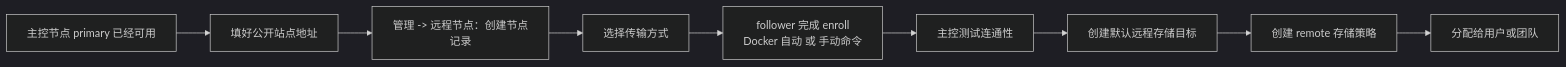
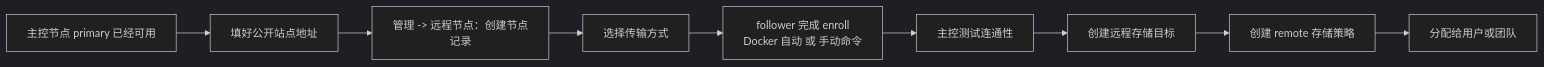
One commit to AsterCommunity/AsterDrive changed the diagram in docs/src/content/docs/deploy/follower-node/index.md. Above: the diagram before and after it, drawn with Mermaid (dark theme). The commit also changed other lines of this file and 208 other files, not shown here.

````diff
--- a/docs/src/content/docs/deploy/follower-node/index.md
+++ b/docs/src/content/docs/deploy/follower-node/index.md
@@ -63,11 +63,11 @@
 ```mermaid
 flowchart LR
   Ready["主控节点 primary 已经可用"] --> PublicUrl["填好公开站点地址"]
   PublicUrl --> CreateNode["管理 -> 远程节点：创建节点记录"]
   CreateNode --> Transport["选择传输方式"]
   Transport --> Enroll["follower 完成 enroll<br/>Docker 自动 或 手动命令"]
   Enroll --> Connectivity["主控测试连通性"]
-  Connectivity --> Target["创建默认远程存储目标"]
+  Connectivity --> Target["创建远程存储目标"]
   Target --> Policy["创建 remote 存储策略"]
   Policy --> Assign["分配给用户或团队"]
 ```
````
